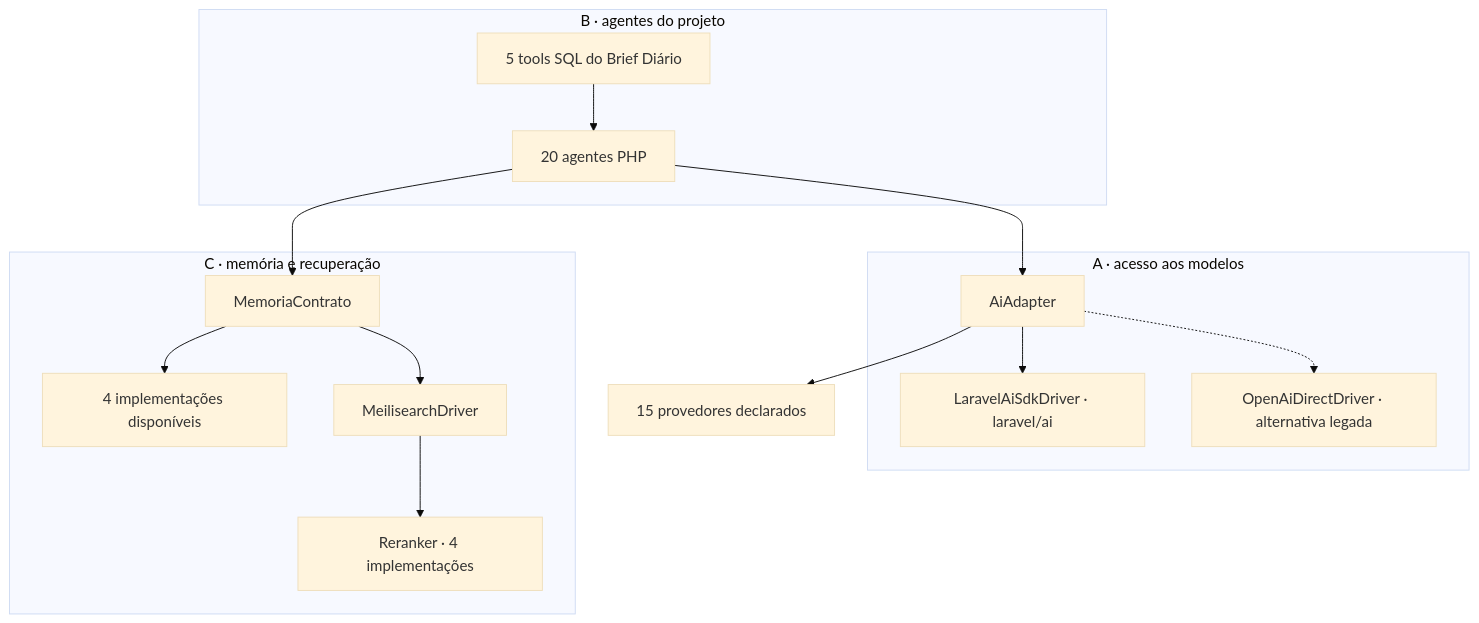
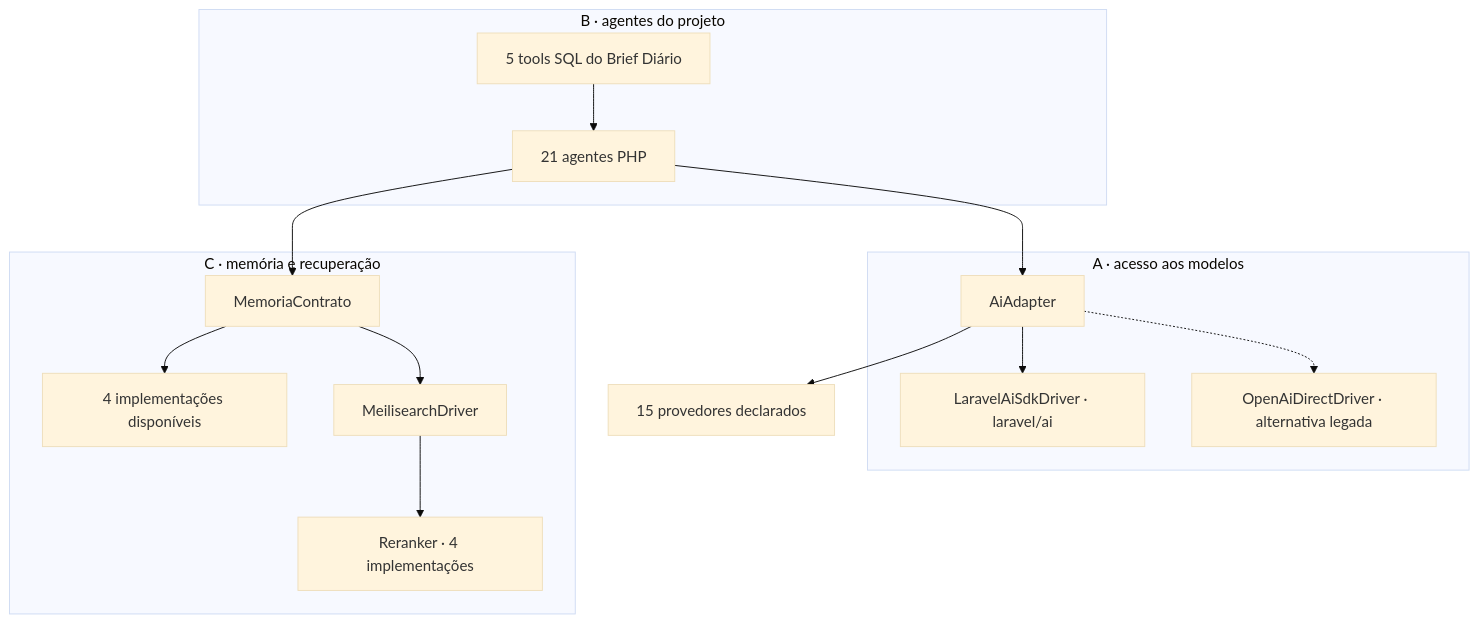
Before and after one commit to wagnerra23/oimpresso.com: the second of 5 diagrams in memory/requisitos/Jana/ARCHITECTURE.md, drawn with Mermaid (base theme). The commit also changed other lines of this file and 2 other files, not shown here.

Commit message:
chore(jana): SUPERFICIE, ARCHITECTURE e painel com o RecomendarModeloFluxoAgent [W+C]

````diff
--- a/memory/requisitos/Jana/ARCHITECTURE.md
+++ b/memory/requisitos/Jana/ARCHITECTURE.md
@@ -55,25 +55,25 @@
 ```mermaid
 flowchart TB
   subgraph B["B · agentes do projeto"]
-    AG["20 agentes PHP"]
+    AG["21 agentes PHP"]
     DATA["5 tools SQL do Brief Diário"]
     DATA --> AG
   end
   subgraph A["A · acesso aos modelos"]
     CONTRACT["AiAdapter"]
     SDK["LaravelAiSdkDriver · laravel/ai"]
     LEGACY["OpenAiDirectDriver · alternativa legada"]
     CONTRACT --> SDK
     CONTRACT -.-> LEGACY
   end
   subgraph C["C · memória e recuperação"]
     MEMORY["MemoriaContrato"]
     MEMIMPL["4 implementações disponíveis"]
     SEARCH["MeilisearchDriver"]
     RERANK["Reranker · 4 implementações"]
     MEMORY --> MEMIMPL
     MEMORY --> SEARCH --> RERANK
   end
   AG --> CONTRACT --> PROVIDERS["15 provedores declarados"]
   AG --> MEMORY
 ```
````
